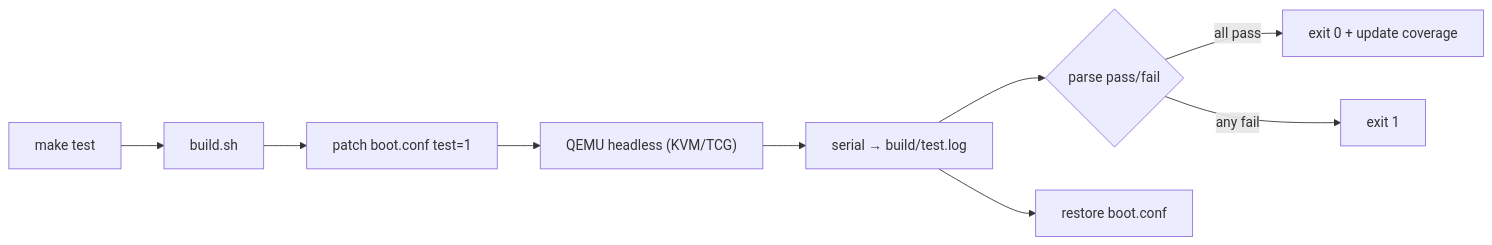
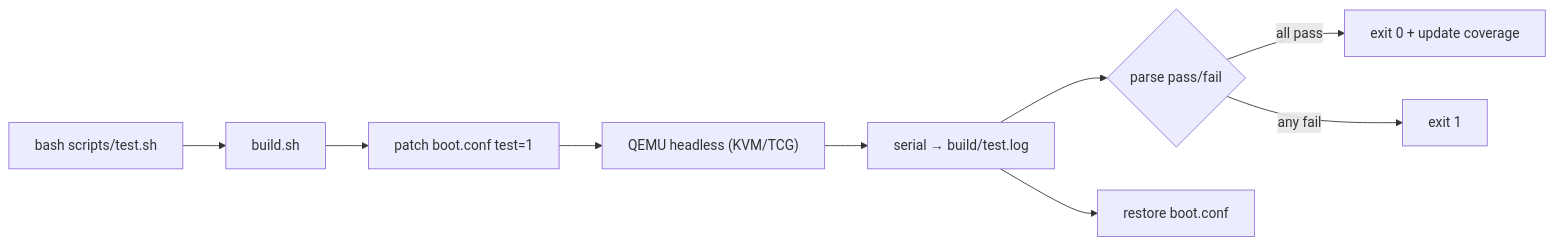
One commit to rizonesoft/impossible-os changed the fourth of 6 diagrams in docs/infrastructure/development-tooling.md. Above: the diagram before and after it, drawn with Mermaid. The commit also changed other lines of this file and 9 other files, not shown here.

Commit message:
docs/tooling: codify build, test, lint, and run wrapper contract

````diff
--- a/docs/infrastructure/development-tooling.md
+++ b/docs/infrastructure/development-tooling.md
@@ -532,11 +571,11 @@
 ```mermaid
 graph LR
-    A[make test] --> B[build.sh]
+    A[bash scripts/test.sh] --> B[build.sh]
     B --> C[patch boot.conf test=1]
     C --> D["QEMU headless (KVM/TCG)"]
     D --> E[serial → build/test.log]
     E --> F{parse pass/fail}
     F -->|all pass| G["exit 0 + update coverage"]
     F -->|any fail| H[exit 1]
     E --> I[restore boot.conf]
 ```
````
